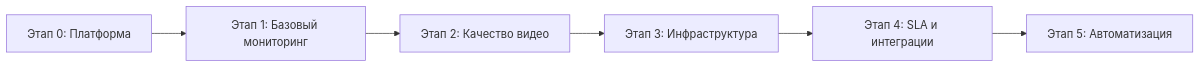
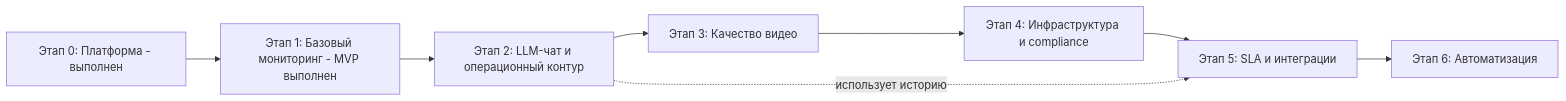
The diagram in docs/BUSINESS_REQUIREMENTS.md (Yarik795/WisenetDiagnostic), drawn with Mermaid before and after one commit. The commit also changed other lines of this file and 13 other files, not shown here.

````diff
--- a/docs/BUSINESS_REQUIREMENTS.md
+++ b/docs/BUSINESS_REQUIREMENTS.md
@@ -259,10 +297,12 @@
 ```mermaid
 flowchart LR
-  E0[Этап 0: Платформа]
-  E1[Этап 1: Базовый мониторинг]
-  E2[Этап 2: Качество видео]
-  E3[Этап 3: Инфраструктура]
-  E4[Этап 4: SLA и интеграции]
-  E5[Этап 5: Автоматизация]
-  E0 --> E1 --> E2 --> E3 --> E4 --> E5
+  E0[Этап 0: Платформа - выполнен]
+  E1[Этап 1: Базовый мониторинг - MVP выполнен]
+  E2[Этап 2: LLM-чат и операционный контур]
+  E3[Этап 3: Качество видео]
+  E4[Этап 4: Инфраструктура и compliance]
+  E5[Этап 5: SLA и интеграции]
+  E6[Этап 6: Автоматизация]
+  E0 --> E1 --> E2 --> E3 --> E4 --> E5 --> E6
+  E2 -. использует историю .-> E5
 ```
````
